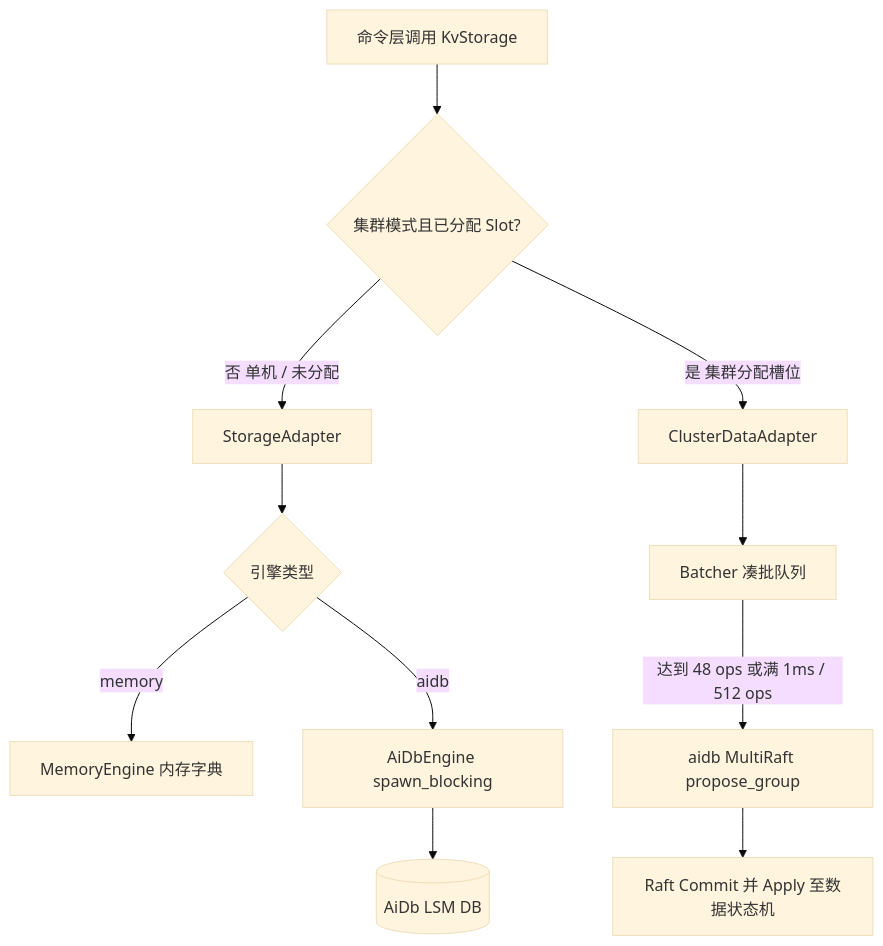
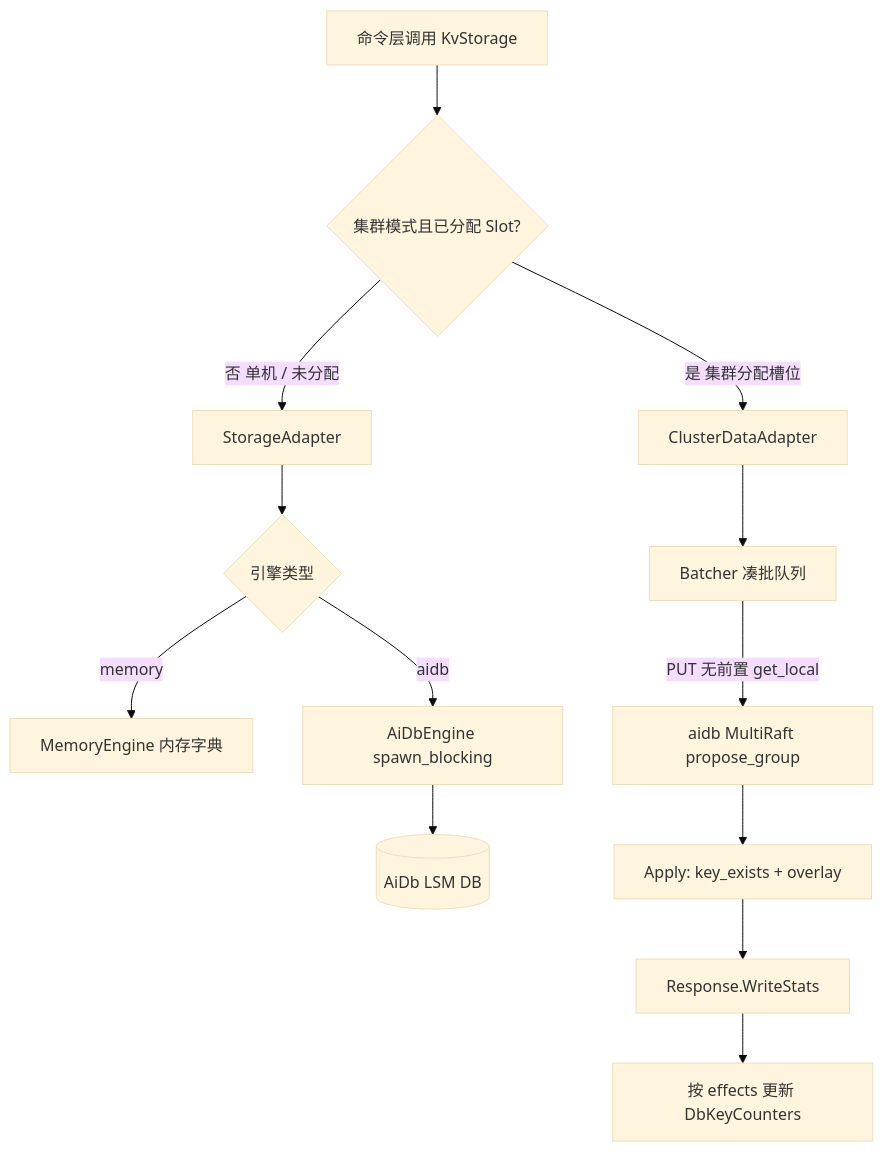
Before and after one commit to Genuineh/AiKv: the diagram in docs/modules/03-storage.md, drawn with Mermaid (base theme). The commit also changed other lines of this file and 8 other files, not shown here.

First line of the commit message:
feat: 消费 WriteStats 回传并去掉 PUT 前置读

````diff
--- a/docs/modules/03-storage.md
+++ b/docs/modules/03-storage.md
@@ -76,15 +79,17 @@
 ```mermaid
 flowchart TB
     Cmd[命令层调用 KvStorage] --> Choice{集群模式且已分配 Slot?}
     
     Choice -->|否 单机 / 未分配| Local[StorageAdapter]
     Local --> EngineChoice{引擎类型}
     EngineChoice -->|memory| Mem[MemoryEngine 内存字典]
     EngineChoice -->|aidb| Blocking[AiDbEngine spawn_blocking]
     Blocking --> AiDb[(AiDb LSM DB)]
     
     Choice -->|是 集群分配槽位| Cluster[ClusterDataAdapter]
     Cluster --> Batcher[Batcher 凑批队列]
-    Batcher -->|达到 48 ops 或满 1ms / 512 ops| Propose[aidb MultiRaft propose_group]
-    Propose --> RaftApply[Raft Commit 并 Apply 至数据状态机]
+    Batcher -->|PUT 无前置 get_local| Propose[aidb MultiRaft propose_group]
+    Propose --> RaftApply[Apply: key_exists + overlay]
+    RaftApply --> WS[Response.WriteStats]
+    WS --> Ctr[按 effects 更新 DbKeyCounters]
 ```
````
